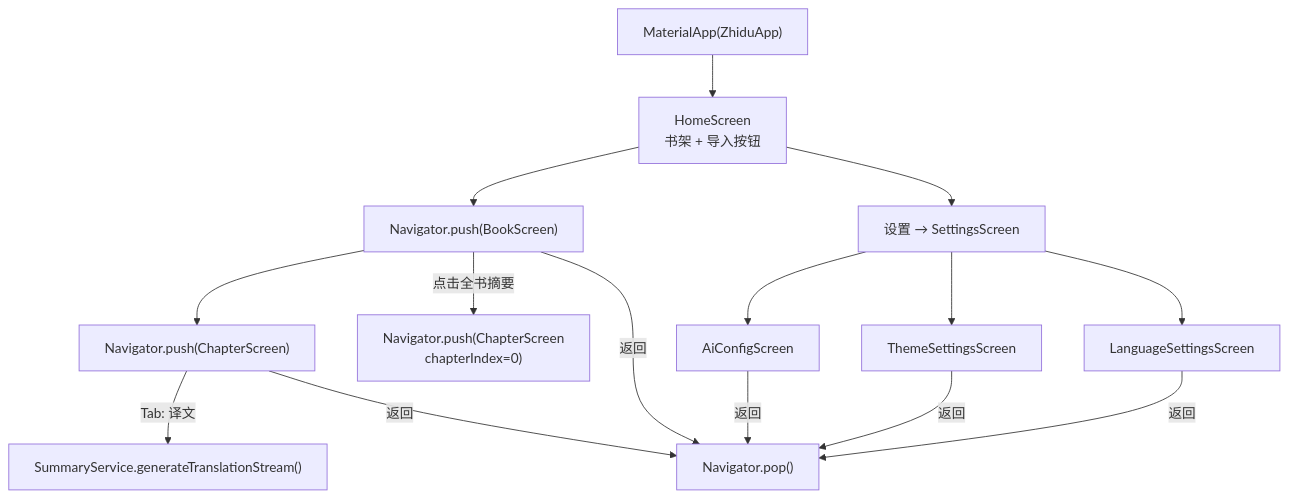
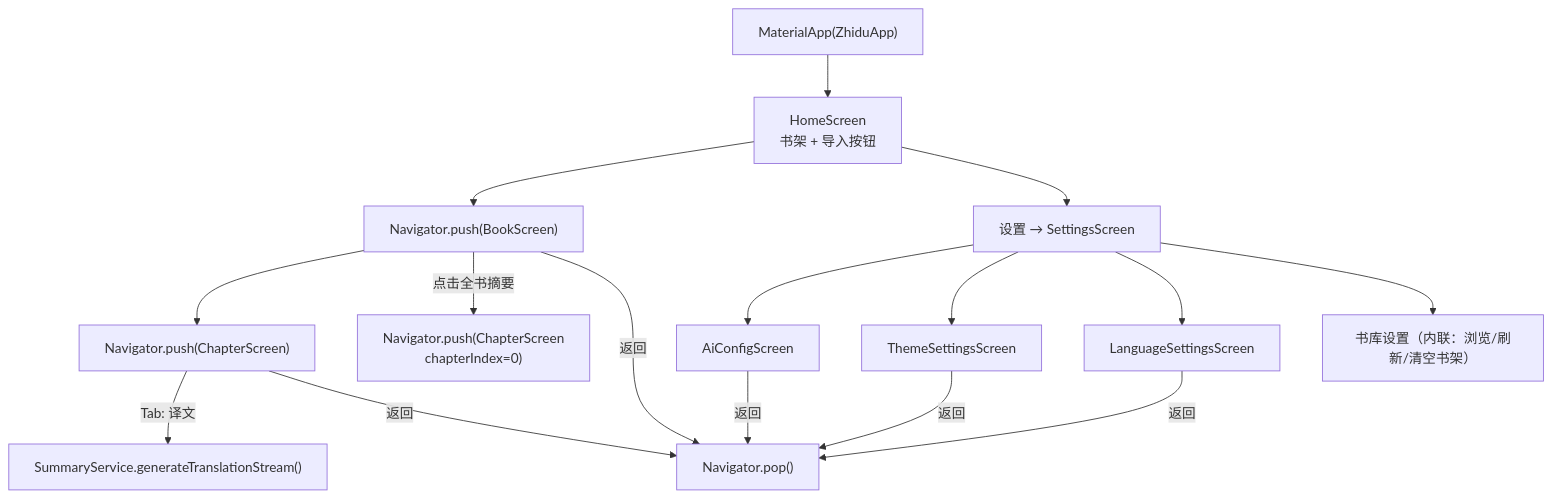
One commit to jjzhang2000/zhidu changed the ninth of 11 diagrams in docs/function_call_relationships_visual.md. Above: the diagram before and after it, drawn with Mermaid. The commit also changed other lines of this file and 49 other files, not shown here.

````diff
--- a/docs/function_call_relationships_visual.md
+++ b/docs/function_call_relationships_visual.md
@@ -432,22 +437,23 @@
 ```mermaid
 flowchart TD
     APP["MaterialApp(ZhiduApp)"] --> HS["HomeScreen<br/>书架 + 导入按钮"]
 
     HS --> BS_NAV["Navigator.push(BookScreen)"]
     HS --> SET["设置 → SettingsScreen"]
 
     SET --> AIC["AiConfigScreen"]
     SET --> THS["ThemeSettingsScreen"]
     SET --> LAS["LanguageSettingsScreen"]
+    SET --> LIB["书库设置（内联：浏览/刷新/清空书架）"]
 
     BS_NAV --> CS_NAV["Navigator.push(ChapterScreen)"]
     BS_NAV --> |"点击全书摘要"| CS_FIRST["Navigator.push(ChapterScreen<br/>chapterIndex=0)"]
 
     CS_NAV --> |"Tab: 译文"| TRANS["SummaryService.generateTranslationStream()"]
 
     CS_NAV --> |"返回"| POP["Navigator.pop()"]
     BS_NAV --> |"返回"| POP
     AIC --> |"返回"| POP
     THS --> |"返回"| POP
     LAS --> |"返回"| POP
 ```
````
